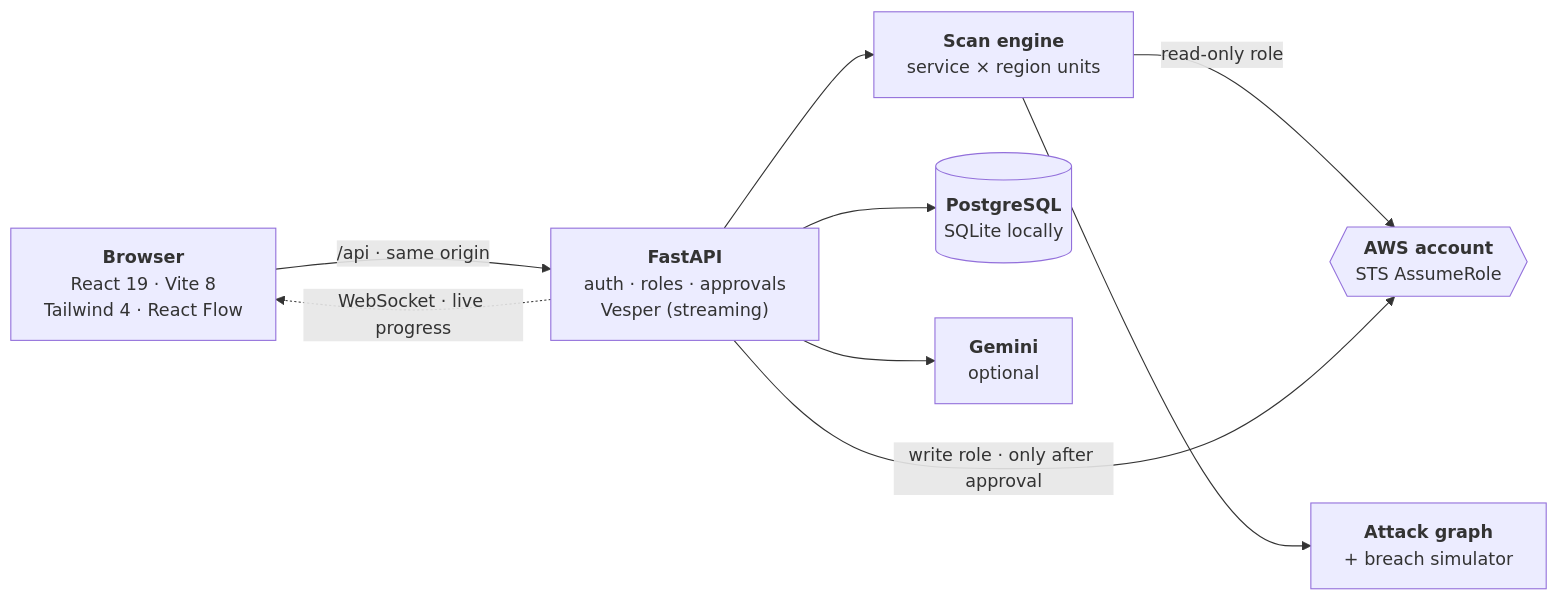
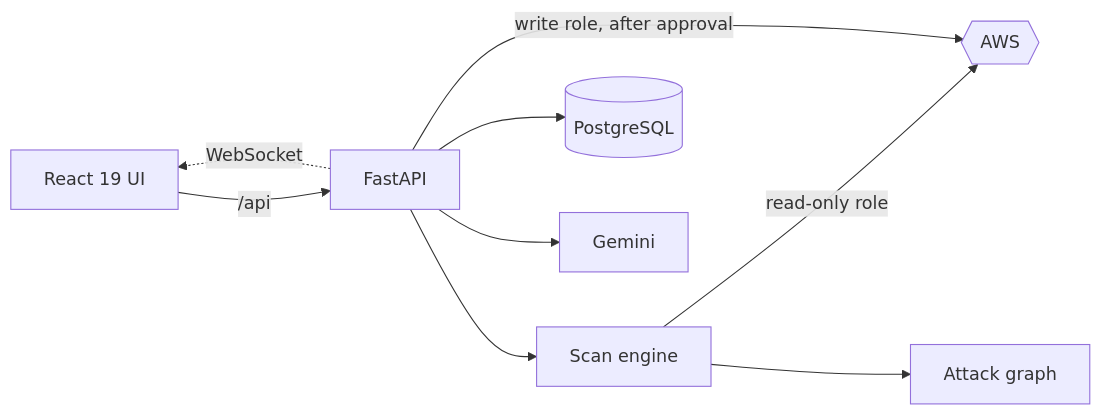
The diagram in README.md (anshumaan12-2003/nimbus-risk-sentinel), drawn with Mermaid before and after one commit. The commit also changed other lines of this file, not shown here.

````diff
--- a/README.md
+++ b/README.md
@@ -248,19 +138,10 @@
 ```mermaid
 flowchart LR
-  UI["<b>Browser</b><br/>React 19 · Vite 8<br/>Tailwind 4 · React Flow"]
-  API["<b>FastAPI</b><br/>auth · roles · approvals<br/>Vesper (streaming)"]
-  SCAN["<b>Scan engine</b><br/>service × region units"]
-  GRAPH["<b>Attack graph</b><br/>+ breach simulator"]
-  DB[("<b>PostgreSQL</b><br/>SQLite locally")]
-  AWS{{"<b>AWS account</b><br/>STS AssumeRole"}}
-  AI["<b>Gemini</b><br/>optional"]
-
-  UI -->|"/api · same origin"| API
-  API -.->|"WebSocket · live progress"| UI
-  API --> SCAN
-  SCAN -->|"read-only role"| AWS
-  API -->|"write role · only after approval"| AWS
-  SCAN --> GRAPH
-  API --> DB
-  API --> AI
+  UI["React 19 UI"] -->|/api| API["FastAPI"]
+  API -. WebSocket .-> UI
+  API --> SCAN["Scan engine"] -->|read-only role| AWS{{"AWS"}}
+  API -->|write role, after approval| AWS
+  SCAN --> GRAPH["Attack graph"]
+  API --> DB[("PostgreSQL")]
+  API --> AI["Gemini"]
 ```
````
